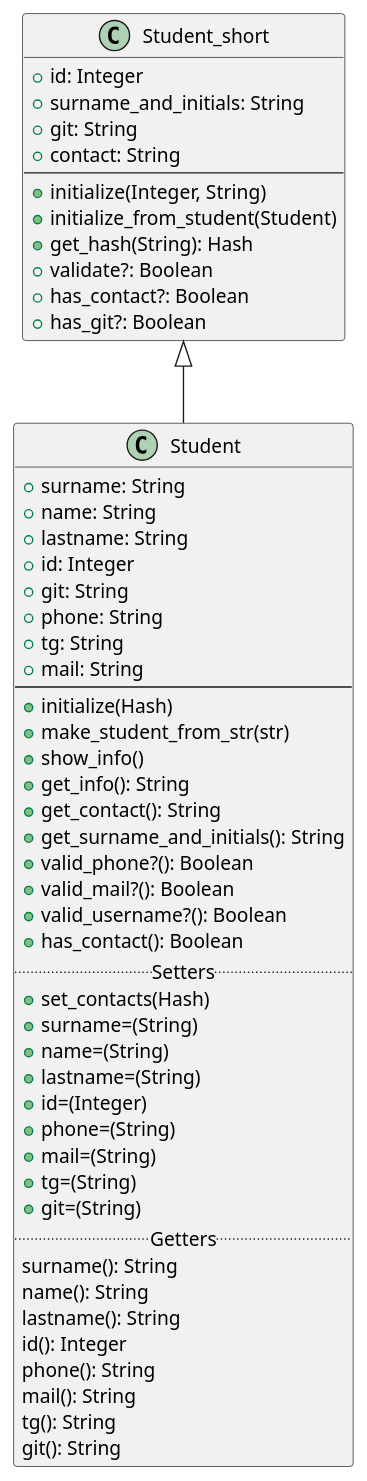
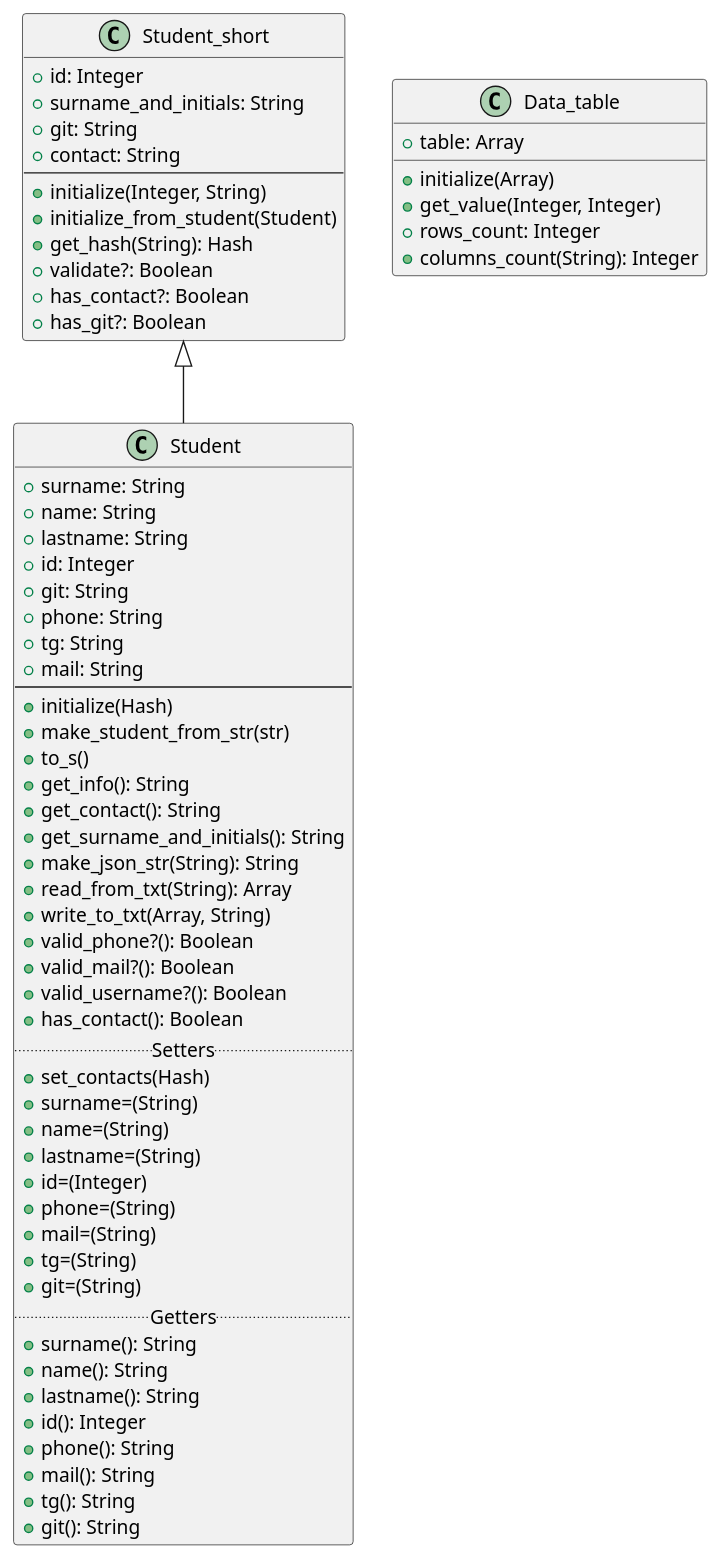
The diagram in Lab2/Diagrams/Student.puml (archipunkrockboy/Programming-patterns), drawn with PlantUML before and after one commit. The commit also changed 2 other files, not shown here.

```diff
--- a/Lab2/Diagrams/Student.puml
+++ b/Lab2/Diagrams/Student.puml
@@ -1,59 +1,70 @@
 @startuml
     Class Student_short
     {
     +id: Integer
     +surname_and_initials: String
     +git: String
     +contact: String
     --
     +initialize(Integer, String)
     +initialize_from_student(Student)
     +get_hash(String): Hash
     +validate?: Boolean
     +has_contact?: Boolean
     +has_git?: Boolean
     }
 
     Class Student extends Student_short
     {
     +surname: String
     +name: String
     +lastname: String
     +id: Integer
     +git: String
     +phone: String
     +tg: String
     +mail: String
     --
     +initialize(Hash)
     +make_student_from_str(str)
-    +show_info()
+    +to_s()
     +get_info(): String
     +get_contact(): String
     +get_surname_and_initials(): String
+    +make_json_str(String): String
+    +read_from_txt(String): Array
+    +write_to_txt(Array, String)
     +valid_phone?(): Boolean
     +valid_mail?(): Boolean
     +valid_username?(): Boolean
     +has_contact(): Boolean
     .. Setters ..
     +set_contacts(Hash)
     +surname=(String)
     +name=(String)
     +lastname=(String)
     +id=(Integer)
     +phone=(String)
     +mail=(String)
     +tg=(String)
     +git=(String)
     .. Getters ..
-    surname(): String
-    name(): String
-    lastname(): String
-    id(): Integer
-    phone(): String
-    mail(): String
-    tg(): String
-    git(): String
+    +surname(): String
+    +name(): String
+    +lastname(): String
+    +id(): Integer
+    +phone(): String
+    +mail(): String
+    +tg(): String
+    +git(): String
     }
-
+    class Data_table
+    {
+    +table: Array
+    __
+    +initialize(Array)
+    +get_value(Integer, Integer)
+    +rows_count: Integer
+    +columns_count(String): Integer
+    }
 @enduml
```
